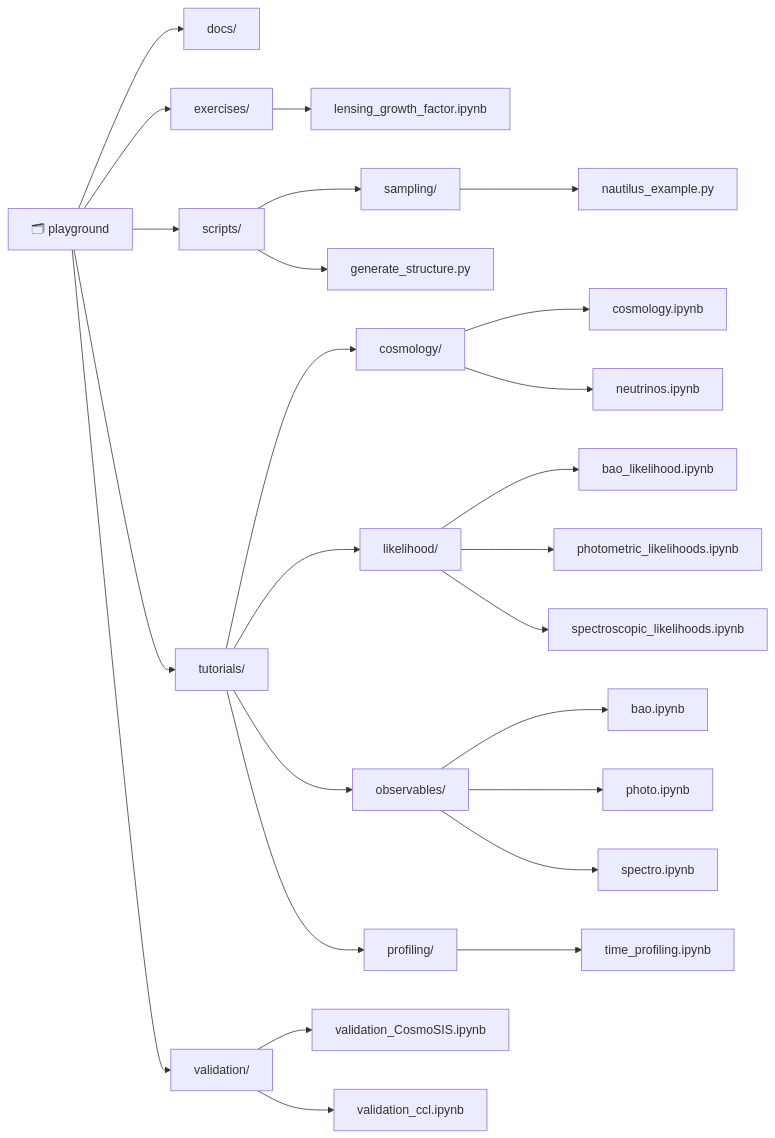
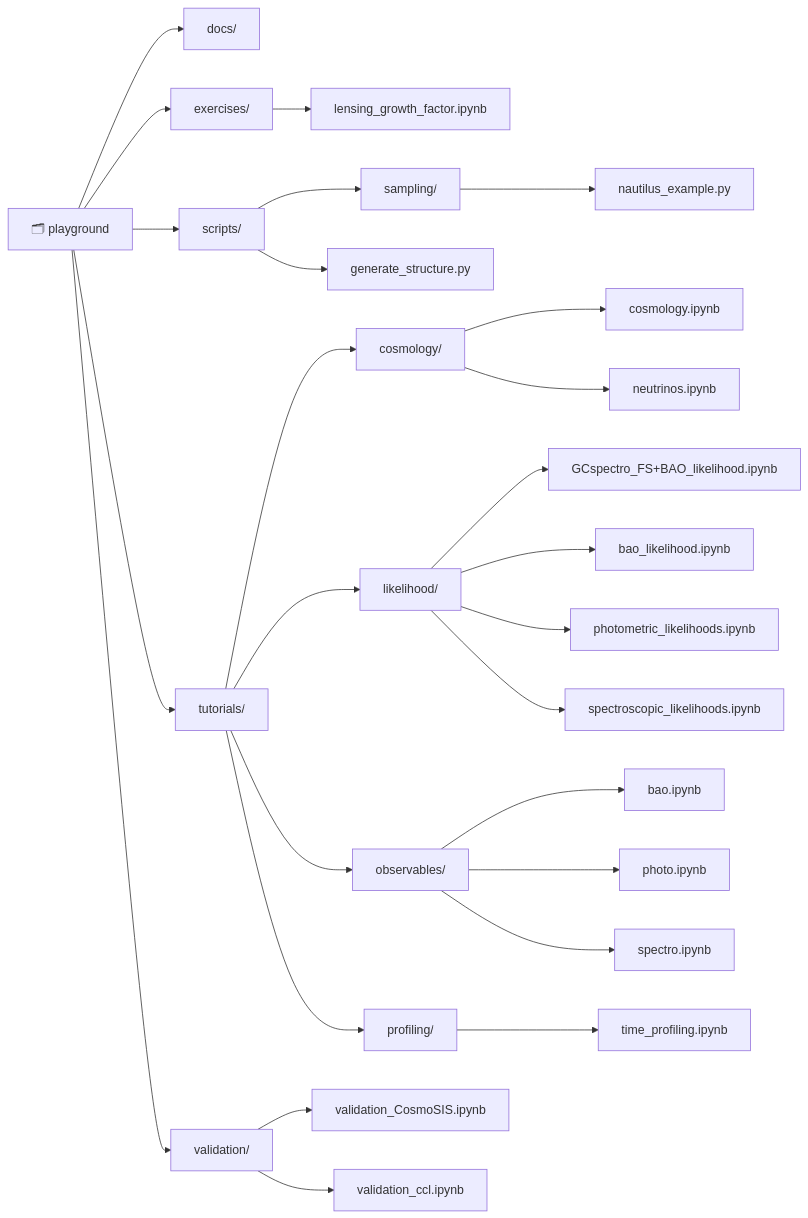
Before and after one commit to cloe-org/playground: the diagram in README.md, drawn with Mermaid.

Commit message:
docs: update repository structure diagram [skip ci]

````diff
--- a/README.md
+++ b/README.md
@@ -42,53 +42,55 @@
 ```mermaid
 graph LR
     root[🗂 playground]
     root__docs[docs/]
     root__exercises[exercises/]
     root__exercises__lensing_growth_factor_ipynb[lensing_growth_factor.ipynb]
     root__scripts[scripts/]
     root__scripts__sampling[sampling/]
     root__scripts__sampling__nautilus_example_py[nautilus_example.py]
     root__scripts__generate_structure_py[generate_structure.py]
     root__tutorials[tutorials/]
     root__tutorials__cosmology[cosmology/]
     root__tutorials__cosmology__cosmology_ipynb[cosmology.ipynb]
     root__tutorials__cosmology__neutrinos_ipynb[neutrinos.ipynb]
     root__tutorials__likelihood[likelihood/]
+    root__tutorials__likelihood__GCspectro_FS+BAO_likelihood_ipynb[GCspectro_FS+BAO_likelihood.ipynb]
     root__tutorials__likelihood__bao_likelihood_ipynb[bao_likelihood.ipynb]
     root__tutorials__likelihood__photometric_likelihoods_ipynb[photometric_likelihoods.ipynb]
     root__tutorials__likelihood__spectroscopic_likelihoods_ipynb[spectroscopic_likelihoods.ipynb]
     root__tutorials__observables[observables/]
     root__tutorials__observables__bao_ipynb[bao.ipynb]
     root__tutorials__observables__photo_ipynb[photo.ipynb]
     root__tutorials__observables__spectro_ipynb[spectro.ipynb]
     root__tutorials__profiling[profiling/]
     root__tutorials__profiling__time_profiling_ipynb[time_profiling.ipynb]
     root__validation[validation/]
     root__validation__validation_CosmoSIS_ipynb[validation_CosmoSIS.ipynb]
     root__validation__validation_ccl_ipynb[validation_ccl.ipynb]
 
     root --> root__docs
     root --> root__exercises
     root__exercises --> root__exercises__lensing_growth_factor_ipynb
     root --> root__scripts
     root__scripts --> root__scripts__sampling
     root__scripts__sampling --> root__scripts__sampling__nautilus_example_py
     root__scripts --> root__scripts__generate_structure_py
     root --> root__tutorials
     root__tutorials --> root__tutorials__cosmology
     root__tutorials__cosmology --> root__tutorials__cosmology__cosmology_ipynb
     root__tutorials__cosmology --> root__tutorials__cosmology__neutrinos_ipynb
     root__tutorials --> root__tutorials__likelihood
+    root__tutorials__likelihood --> root__tutorials__likelihood__GCspectro_FS+BAO_likelihood_ipynb
     root__tutorials__likelihood --> root__tutorials__likelihood__bao_likelihood_ipynb
     root__tutorials__likelihood --> root__tutorials__likelihood__photometric_likelihoods_ipynb
     root__tutorials__likelihood --> root__tutorials__likelihood__spectroscopic_likelihoods_ipynb
     root__tutorials --> root__tutorials__observables
     root__tutorials__observables --> root__tutorials__observables__bao_ipynb
     root__tutorials__observables --> root__tutorials__observables__photo_ipynb
     root__tutorials__observables --> root__tutorials__observables__spectro_ipynb
     root__tutorials --> root__tutorials__profiling
     root__tutorials__profiling --> root__tutorials__profiling__time_profiling_ipynb
     root --> root__validation
     root__validation --> root__validation__validation_CosmoSIS_ipynb
     root__validation --> root__validation__validation_ccl_ipynb
 ```
````
